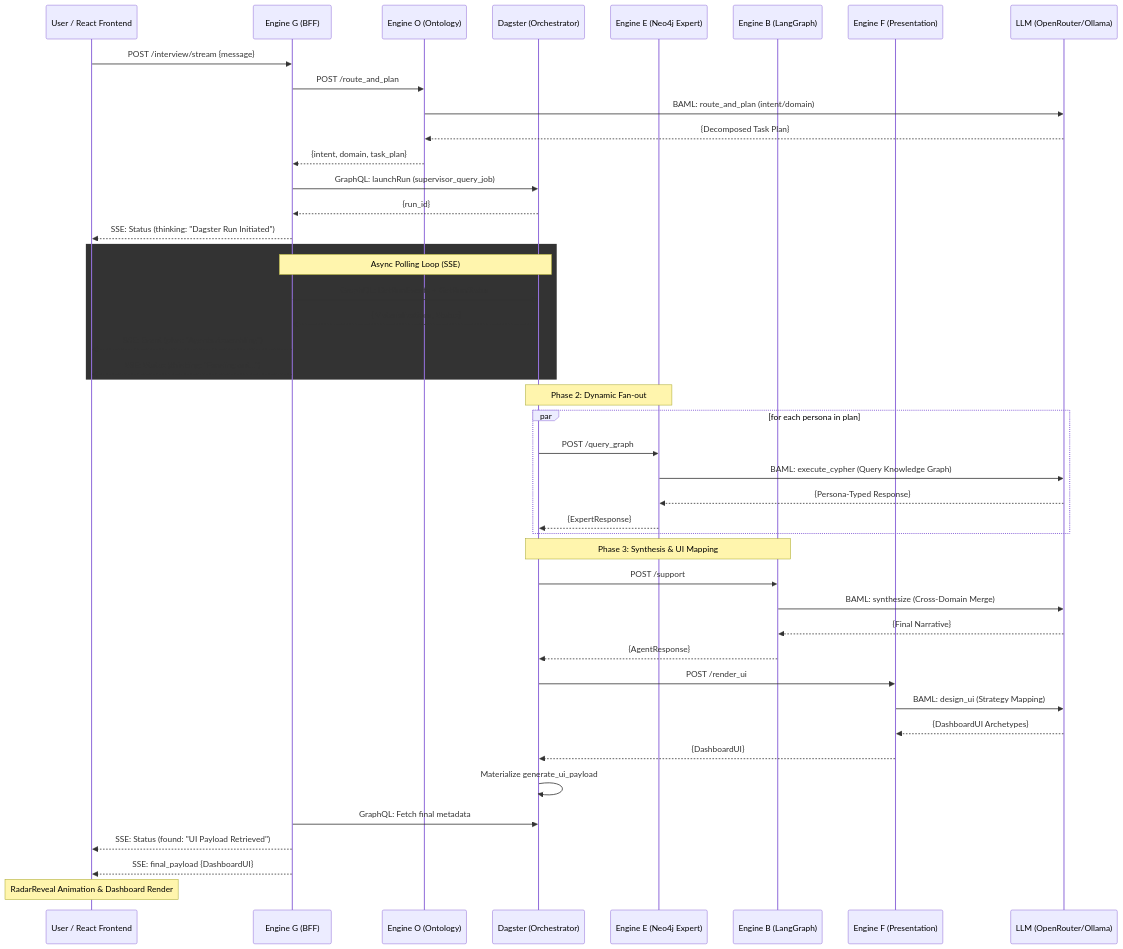
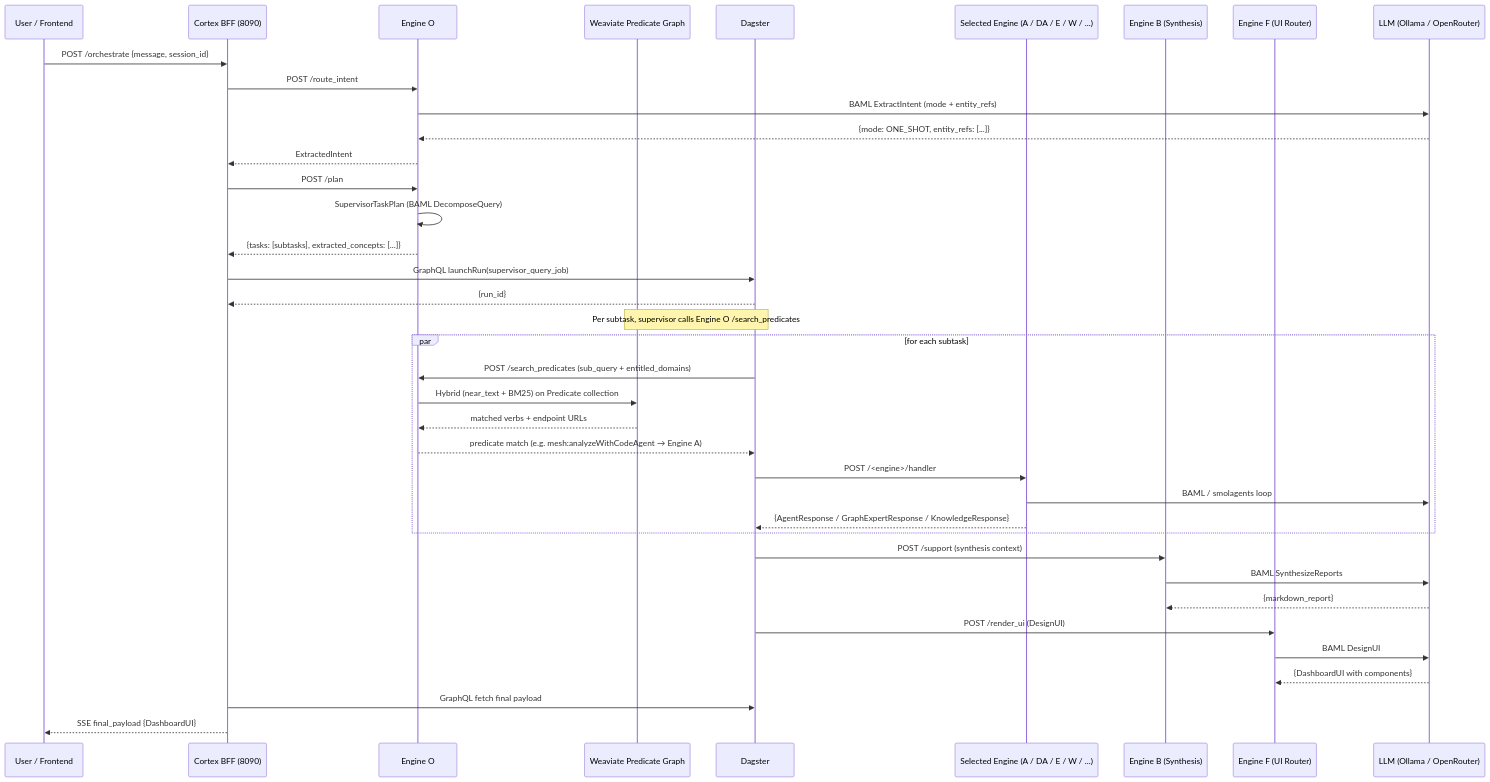
The second of 2 diagrams in README.md (edgy-solutions/invincible-agent), drawn with Mermaid before and after one commit. The commit also changed other lines of this file and 3 other files, not shown here.

First line of the commit message:
docs: refresh README, AGENTS.md, llms.txt, .cursorrules to match current arch

````diff
--- a/README.md
+++ b/README.md
@@ -87,56 +103,47 @@
 ```mermaid
 sequenceDiagram
-    participant UI as User / React Frontend
-    participant G as Engine G (BFF)
-    participant O as Engine O (Ontology)
-    participant D as Dagster (Orchestrator)
-    participant E as Engine E (Neo4j Expert)
-    participant B as Engine B (LangGraph)
-    participant F as Engine F (Presentation)
-    participant LLM as LLM (OpenRouter/Ollama)
+    participant UI as User / Frontend
+    participant BFF as Cortex BFF (8090)
+    participant O as Engine O
+    participant Wv as Weaviate Predicate Graph
+    participant D as Dagster
+    participant Eng as Selected Engine (A / DA / E / W / ...)
+    participant B as Engine B (Synthesis)
+    participant F as Engine F (UI Router)
+    participant LLM as LLM (Ollama / OpenRouter)
 
-    UI->>G: POST /interview/stream {message}
-    G->>O: POST /route_and_plan
-    O->>LLM: BAML: route_and_plan (intent/domain)
-    LLM-->>O: {Decomposed Task Plan}
-    O-->>G: {intent, domain, task_plan}
+    UI->>BFF: POST /orchestrate {message, session_id}
+    BFF->>O: POST /route_intent
+    O->>LLM: BAML ExtractIntent (mode + entity_refs)
+    LLM-->>O: {mode: ONE_SHOT, entity_refs: [...]}
+    O-->>BFF: ExtractedIntent
 
-    G->>D: GraphQL: launchRun (supervisor_query_job)
-    D-->>G: {run_id}
-    G-->>UI: SSE: Status (thinking: "Dagster Run Initiated")
+    BFF->>O: POST /plan
+    O->>O: SupervisorTaskPlan (BAML DecomposeQuery)
+    O-->>BFF: {tasks: [subtasks], extracted_concepts: [...]}
 
-    rect rgb(51, 51, 51)
-    Note over G, D: Async Polling Loop (SSE)
-    G->>D: GraphQL: GetRunEvents + GetRunStatus
-    D-->>G: {Materializations, Status}
-    G-->>UI: SSE: Event (plan: "Agents Assembling")
-    G-->>UI: SSE: Status (thinking: "Fanning out...")
+    BFF->>D: GraphQL launchRun(supervisor_query_job)
+    D-->>BFF: {run_id}
+
+    Note over D, Wv: Per subtask, supervisor calls Engine O /search_predicates
+    par for each subtask
+        D->>O: POST /search_predicates (sub_query + entitled_domains)
+        O->>Wv: Hybrid (near_text + BM25) on Predicate collection
+        Wv-->>O: matched verbs + endpoint URLs
+        O-->>D: predicate match (e.g. mesh:analyzeWithCodeAgent → Engine A)
+        D->>Eng: POST /<engine>/handler
+        Eng->>LLM: BAML / smolagents loop
+        Eng-->>D: {AgentResponse / GraphExpertResponse / KnowledgeResponse}
     end
 
-    Note over D, E: Phase 2: Dynamic Fan-out
-    par for each persona in plan
-        D->>E: POST /query_graph
-        E->>LLM: BAML: execute_cypher (Query Knowledge Graph)
-        LLM-->>E: {Persona-Typed Response}
-        E-->>D: {ExpertResponse}
-    end
+    D->>B: POST /support (synthesis context)
+    B->>LLM: BAML SynthesizeReports
+    LLM-->>B: {markdown_report}
 
-    Note over D, B: Phase 3: Synthesis & UI Mapping
-    D->>B: POST /support
-    B->>LLM: BAML: synthesize (Cross-Domain Merge)
-    LLM-->>B: {Final Narrative}
-    B-->>D: {AgentResponse}
+    D->>F: POST /render_ui (DesignUI)
+    F->>LLM: BAML DesignUI
+    LLM-->>F: {DashboardUI with components}
 
-    D->>F: POST /render_ui
-    F->>LLM: BAML: design_ui (Strategy Mapping)
-    LLM-->>F: {DashboardUI Archetypes}
-    F-->>D: {DashboardUI}
-
-    D->>D: Materialize generate_ui_payload
-
-    G->>D: GraphQL: Fetch final metadata
-    G-->>UI: SSE: Status (found: "UI Payload Retrieved")
-    G-->>UI: SSE: final_payload {DashboardUI}
-
-    Note over UI: RadarReveal Animation & Dashboard Render
+    BFF->>D: GraphQL fetch final payload
+    BFF-->>UI: SSE final_payload {DashboardUI}
 ```
````
